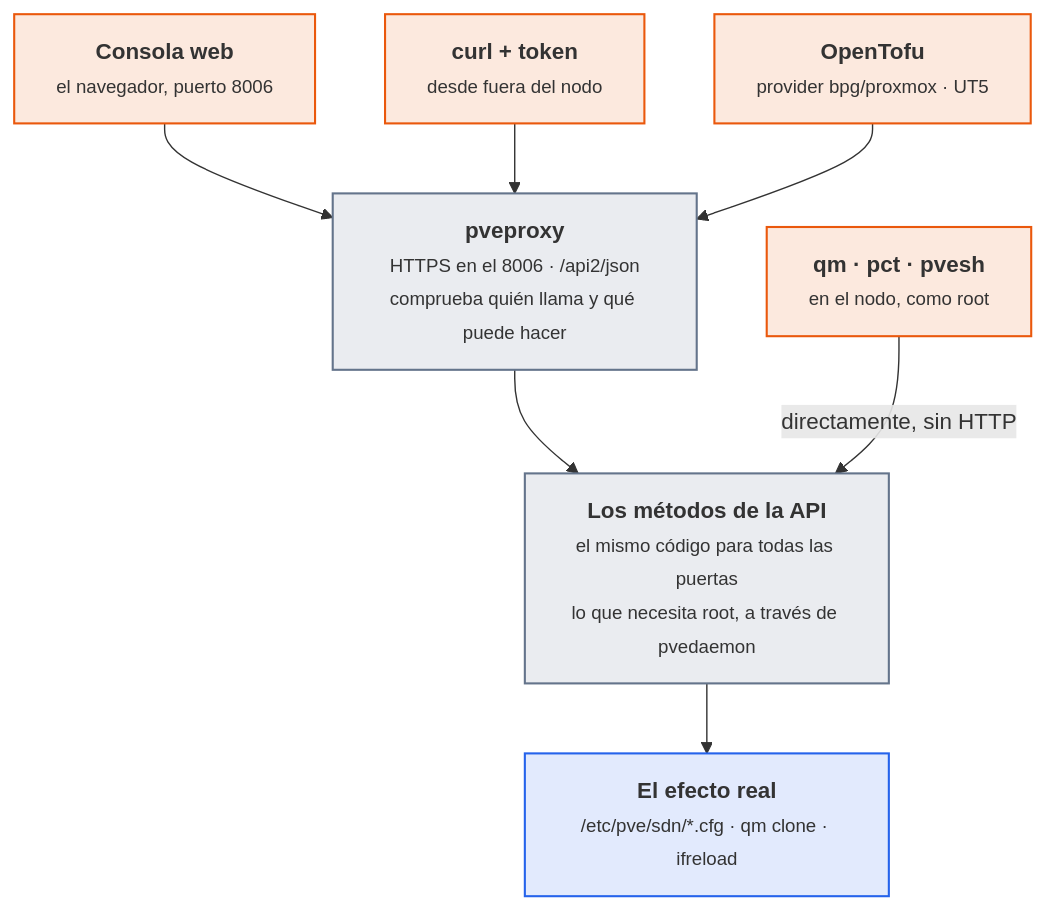
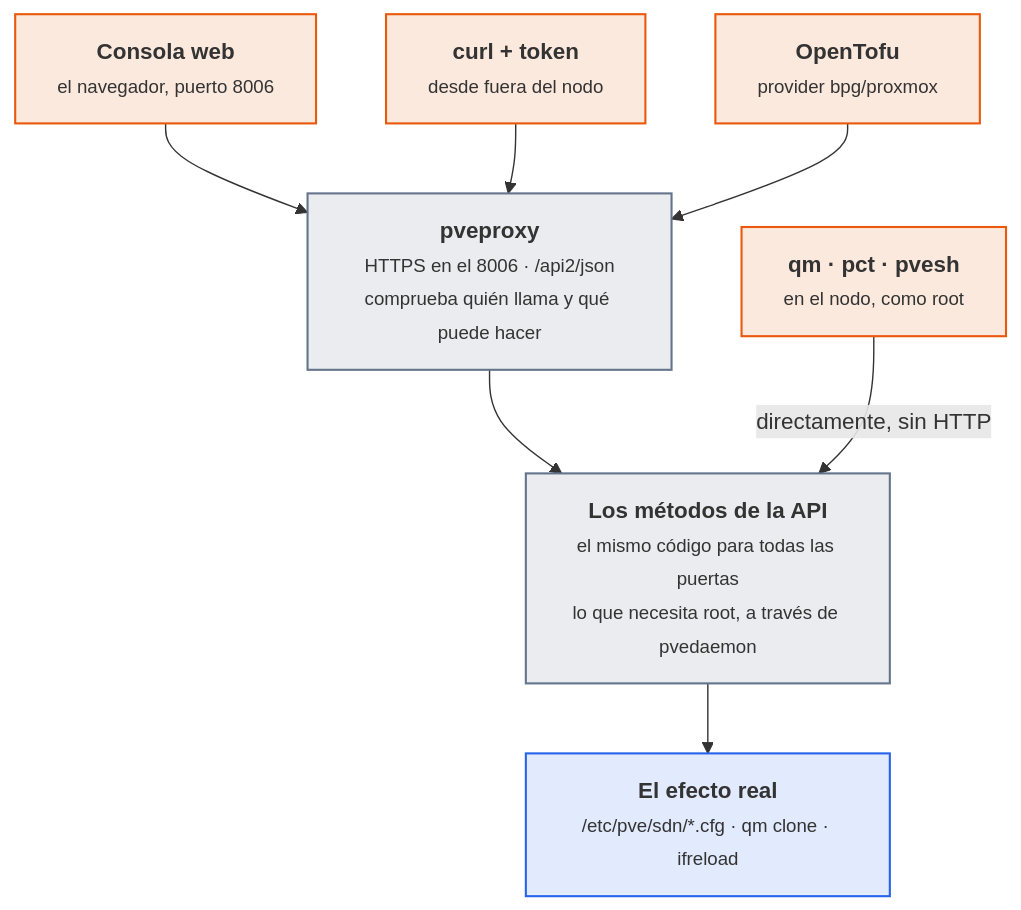
One commit to victor-educ/apuntes-5166 changed the eighth of 8 diagrams in docs/ut/ut2-vpc.md. Above: the diagram before and after it, drawn with Mermaid. The commit also changed other lines of this file and 12 other files, not shown here.

````diff
--- a/docs/ut/ut2-vpc.md
+++ b/docs/ut/ut2-vpc.md
@@ -983,22 +981,22 @@
 ```mermaid
 flowchart TD
     W["<b>Consola web</b><br><small>el navegador, puerto 8006</small>"]:::act
     C["<b>curl + token</b><br><small>desde fuera del nodo</small>"]:::act
-    T["<b>OpenTofu</b><br><small>provider bpg/proxmox · UT5</small>"]:::act
+    T["<b>OpenTofu</b><br><small>provider bpg/proxmox</small>"]:::act
     Q["<b>qm · pct · pvesh</b><br><small>en el nodo, como root</small>"]:::act
     API["<b>pveproxy</b><br><small>HTTPS en el 8006 · /api2/json<br>comprueba quién llama y qué puede hacer</small>"]:::pieza
     M["<b>Los métodos de la API</b><br><small>el mismo código para todas las puertas<br>lo que necesita root, a través de pvedaemon</small>"]:::pieza
     S["<b>El efecto real</b><br><small>/etc/pve/sdn/*.cfg · qm clone · ifreload</small>"]:::dato
     W --> API
     C --> API
     T --> API
     API --> M
     Q -- "directamente, sin HTTP" --> M
     M --> S
     classDef act fill:#ea580c22,stroke:#ea580c,stroke-width:1.5px
     classDef pieza fill:#64748b22,stroke:#64748b,stroke-width:1.5px
     classDef dato fill:#2563eb22,stroke:#2563eb,stroke-width:1.5px
     classDef infra fill:#a1a1aa14,stroke:#a1a1aa,stroke-width:1.5px
     classDef ok fill:#16a34a22,stroke:#16a34a,stroke-width:1.5px
     classDef riesgo fill:#dc262622,stroke:#dc2626,stroke-width:1.5px
 ```
````
